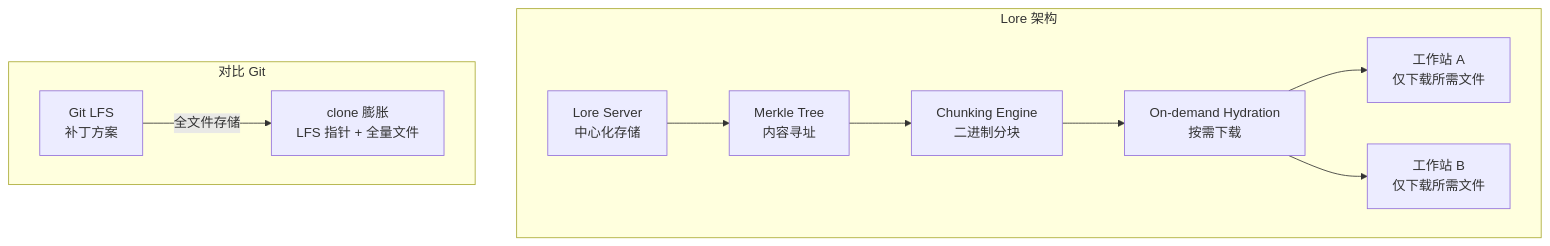
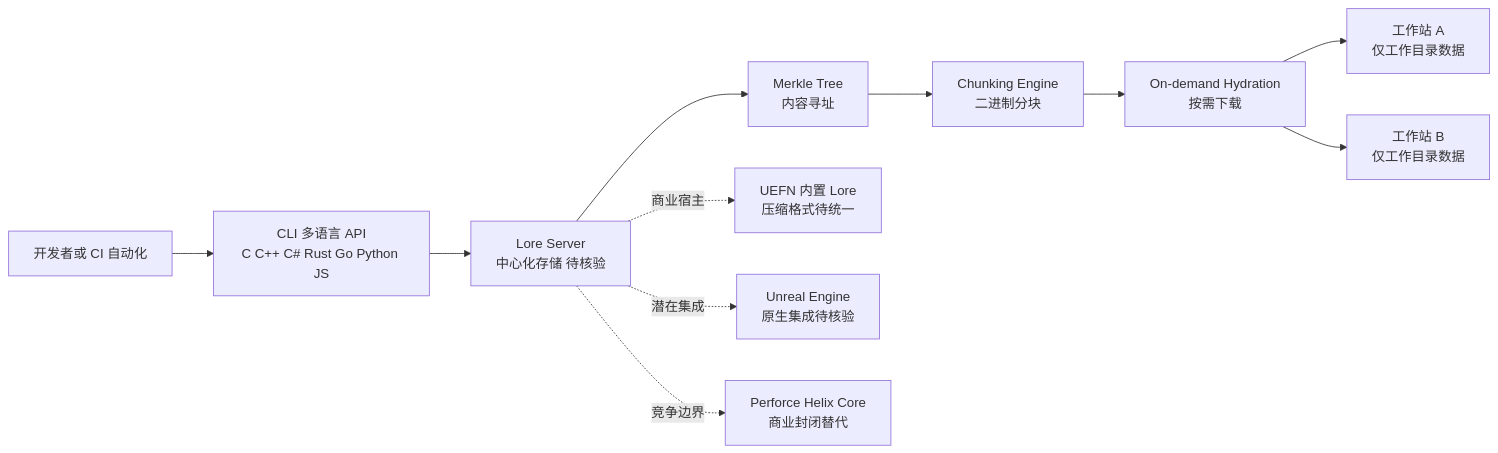
One commit to aiutil/github-researcher changed the diagram in projects/epicgames-lore.md. Above: the diagram before and after it, drawn with Mermaid. The commit also changed other lines of this file and 939 other files, not shown here.

Commit message:
feat: add architect briefs and Mermaid project maps

````diff
--- a/projects/epicgames-lore.md
+++ b/projects/epicgames-lore.md
@@ -50,21 +63,13 @@
 ```mermaid
-flowchart TB
-    subgraph "Lore 架构"
-        SERVER[Lore Server<br/>中心化存储]
-        MERKLE[Merkle Tree<br/>内容寻址]
-        CHUNK[Chunking Engine<br/>二进制分块]
-        HYDRATE[On-demand Hydration<br/>按需下载]
-        
-        SERVER --> MERKLE
-        MERKLE --> CHUNK
-        CHUNK --> HYDRATE
-        
-        HYDRATE --> LOCAL1[工作站 A<br/>仅下载所需文件]
-        HYDRATE --> LOCAL2[工作站 B<br/>仅下载所需文件]
-    end
-    
-    subgraph "对比 Git"
-        GIT[Git LFS<br/>补丁方案]
-        GIT --> |全文件存储| PAIN[clone 膨胀<br/>LFS 指针 + 全量文件]
-    end
+flowchart LR
+    DEV[开发者或 CI 自动化] --> CLI[CLI 多语言 API<br/>C C++ C# Rust Go Python JS]
+    CLI --> SERVER[Lore Server<br/>中心化存储 待核验]
+    SERVER --> MERKLE[Merkle Tree<br/>内容寻址]
+    MERKLE --> CHUNK[Chunking Engine<br/>二进制分块]
+    CHUNK --> HYDRATE[On-demand Hydration<br/>按需下载]
+    HYDRATE --> WS_A[工作站 A<br/>仅工作目录数据]
+    HYDRATE --> WS_B[工作站 B<br/>仅工作目录数据]
+    SERVER -.商业宿主.-> UEFN[UEFN 内置 Lore<br/>压缩格式待统一]
+    SERVER -.潜在集成.-> UE[Unreal Engine<br/>原生集成待核验]
+    SERVER -.竞争边界.-> PERF[Perforce Helix Core<br/>商业封闭替代]
 ```
````
